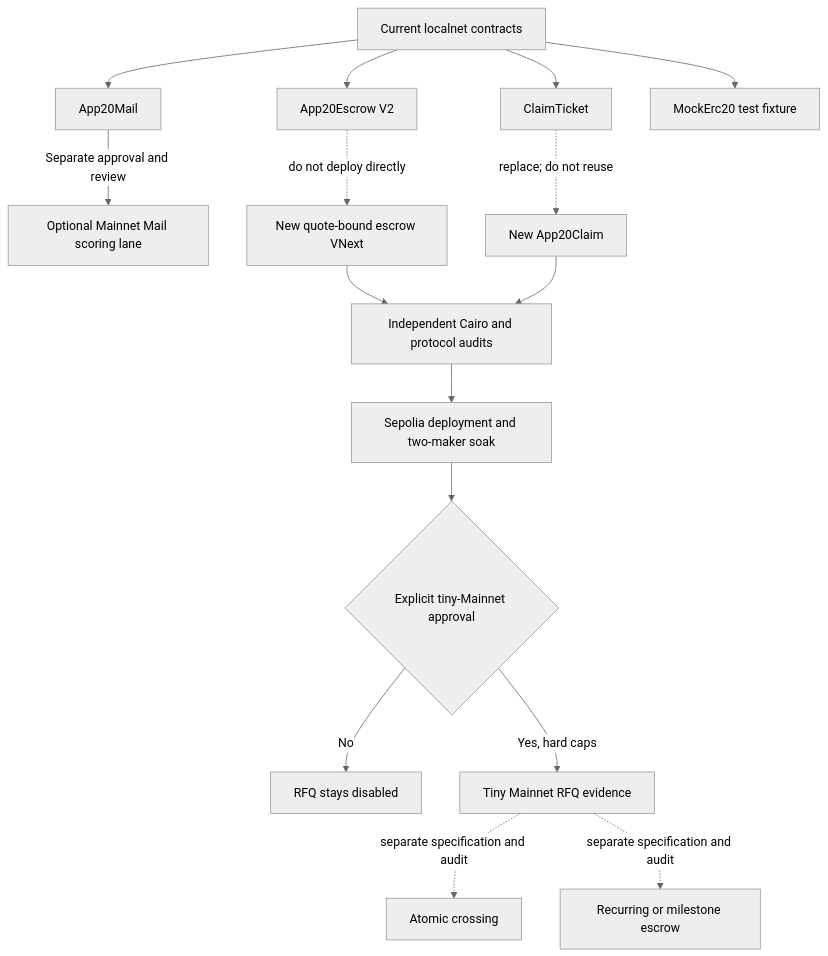
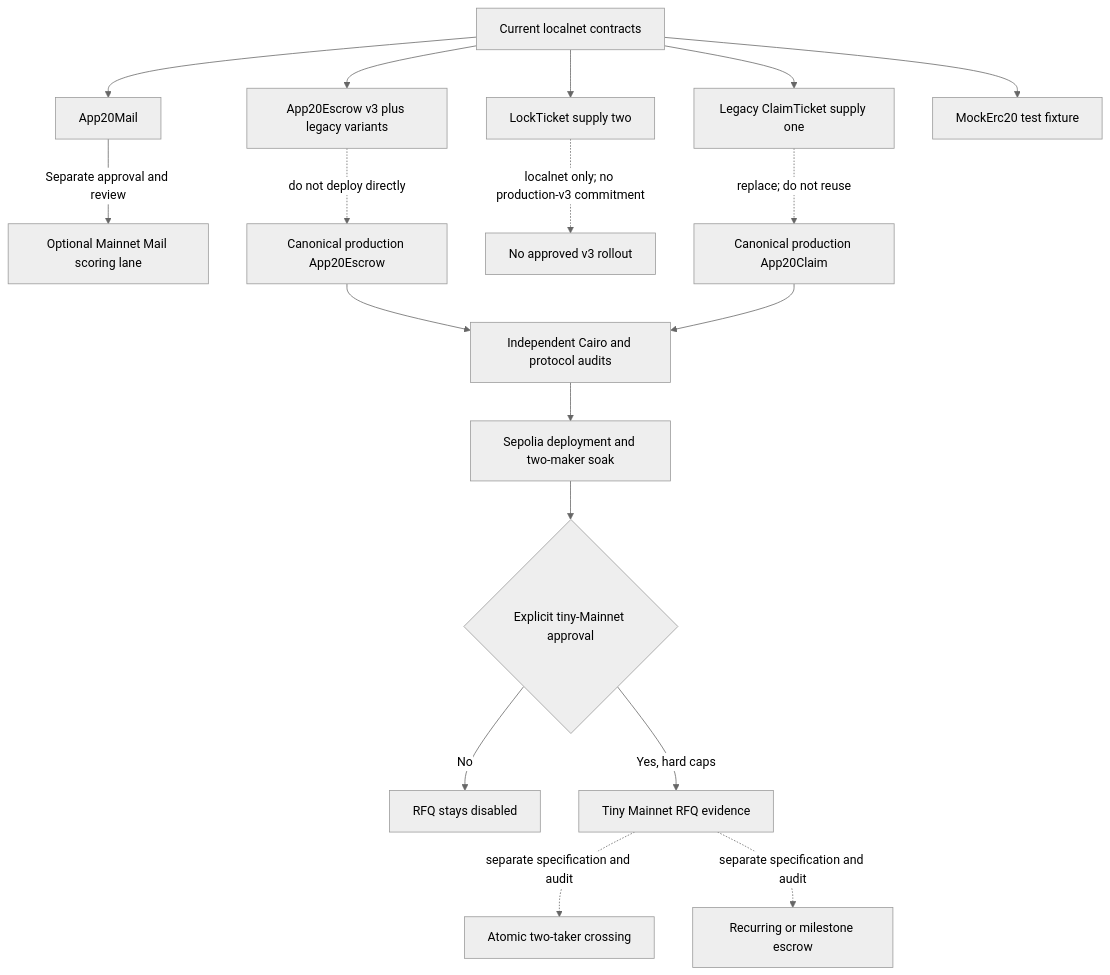
One commit to gstohl/app20 changed the ninth of 10 diagrams in docs/APP20_PROCESS_DIAGRAMS.md. Above: the diagram before and after it, drawn with Mermaid (neutral theme). The commit also changed other lines of this file and 80 other files, not shown here.

````diff
--- a/docs/APP20_PROCESS_DIAGRAMS.md
+++ b/docs/APP20_PROCESS_DIAGRAMS.md
@@ -175,21 +220,23 @@
 ```mermaid
 flowchart TD
     L[Current localnet contracts] --> LM[App20Mail]
-    L --> LE[App20Escrow V2]
-    L --> CT[ClaimTicket]
+    L --> LE[App20Escrow v3 plus legacy variants]
+    L --> LT[LockTicket supply two]
+    L --> CT[Legacy ClaimTicket supply one]
     L --> ME[MockErc20 test fixture]
 
     LM -->|Separate approval and review| MS[Optional Mainnet Mail scoring lane]
-    LE -. do not deploy directly .-> VN[New quote-bound escrow VNext]
-    CT -. replace; do not reuse .-> TN[New App20Claim]
+    LE -. do not deploy directly .-> VN[Canonical production App20Escrow]
+    LT -. localnet only; no production-v3 commitment .-> LTO[No approved v3 rollout]
+    CT -. replace; do not reuse .-> TN[Canonical production App20Claim]
 
     VN --> A1[Independent Cairo and protocol audits]
     TN --> A1
     A1 --> S[Sepolia deployment and two-maker soak]
     S --> H{Explicit tiny-Mainnet approval}
     H -->|No| STOP[RFQ stays disabled]
     H -->|Yes, hard caps| MM[Tiny Mainnet RFQ evidence]
 
-    MM -. separate specification and audit .-> AX[Atomic crossing]
+    MM -. separate specification and audit .-> AX[Atomic two-taker crossing]
     MM -. separate specification and audit .-> RE[Recurring or milestone escrow]
 ```
````
